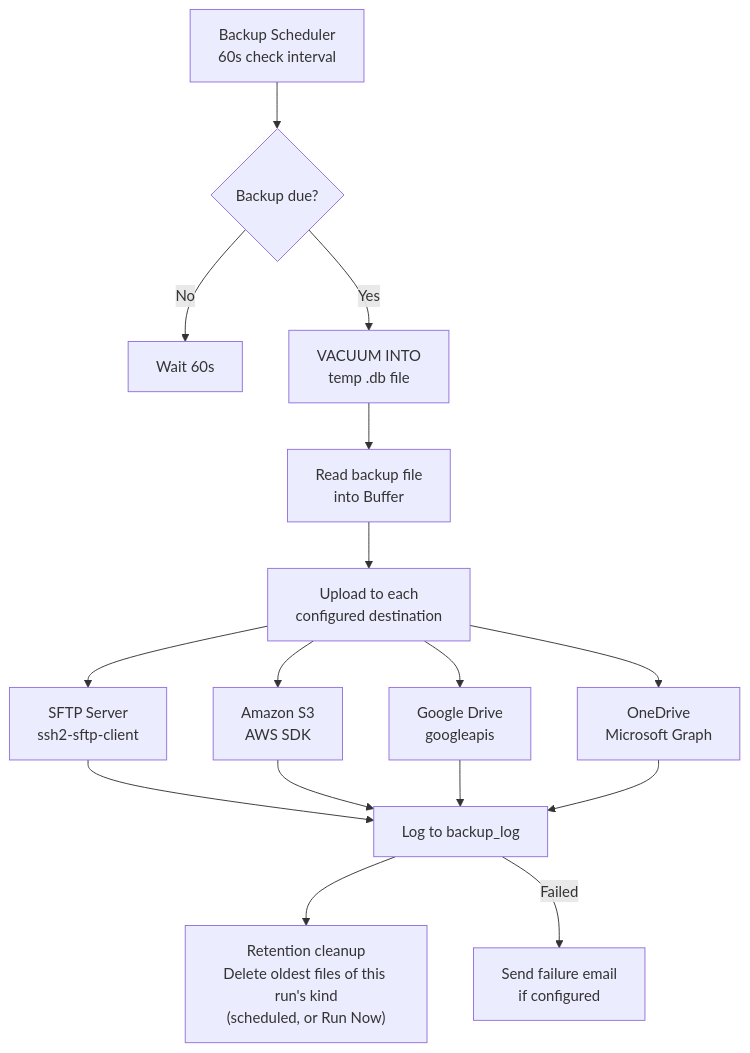
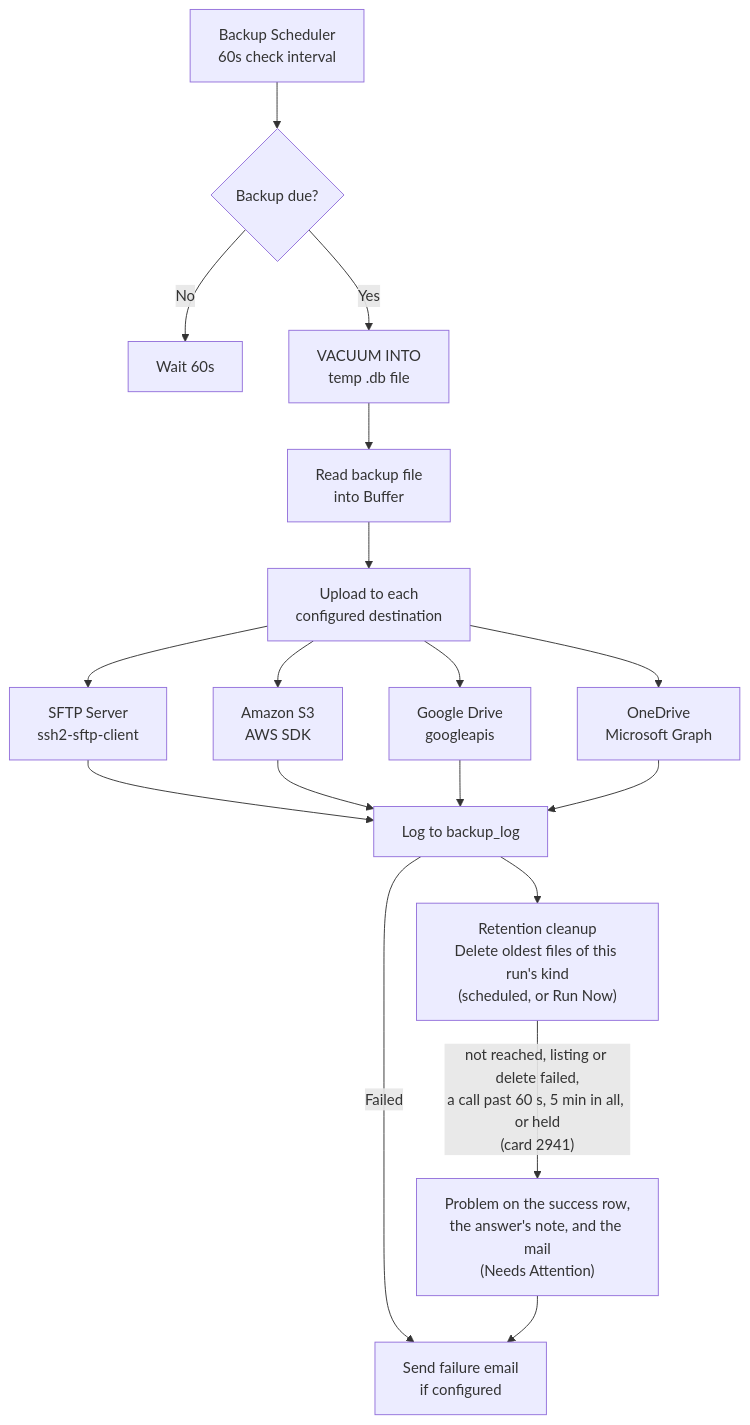
Before and after one commit to gitBoon/DumpFire: the first of 29 diagrams in docs/backup-reporting.md, drawn with Mermaid. The commit also changed other lines of this file and 20 other files, not shown here.

````diff
--- a/docs/backup-reporting.md
+++ b/docs/backup-reporting.md
@@ -51,22 +54,24 @@
 ```mermaid
 flowchart TD
     Scheduler["Backup Scheduler\n60s check interval"]
     Scheduler --> DueCheck{"Backup due?"}
     DueCheck -->|"No"| Wait["Wait 60s"]
     DueCheck -->|"Yes"| Generate["VACUUM INTO\ntemp .db file"]
     Generate --> ReadFile["Read backup file\ninto Buffer"]
     ReadFile --> Upload["Upload to each\nconfigured destination"]
 
     Upload --> SFTP["SFTP Server\nssh2-sftp-client"]
     Upload --> S3["Amazon S3\nAWS SDK"]
     Upload --> GDrive["Google Drive\ngoogleapis"]
     Upload --> OneDrive["OneDrive\nMicrosoft Graph"]
 
     SFTP --> LogResult["Log to backup_log"]
     S3 --> LogResult
     GDrive --> LogResult
     OneDrive --> LogResult
 
     LogResult --> Retention["Retention cleanup\nDelete oldest files of this run's kind\n(scheduled, or Run Now)"]
     LogResult -->|"Failed"| NotifyEmail["Send failure email\nif configured"]
+    Retention -->|"not reached, listing or delete failed,\na call past 60 s, 5 min in all, or held\n(card 2941)"| Problem["Problem on the success row,\nthe answer's note, and the mail\n(Needs Attention)"]
+    Problem --> NotifyEmail
 ```
````
